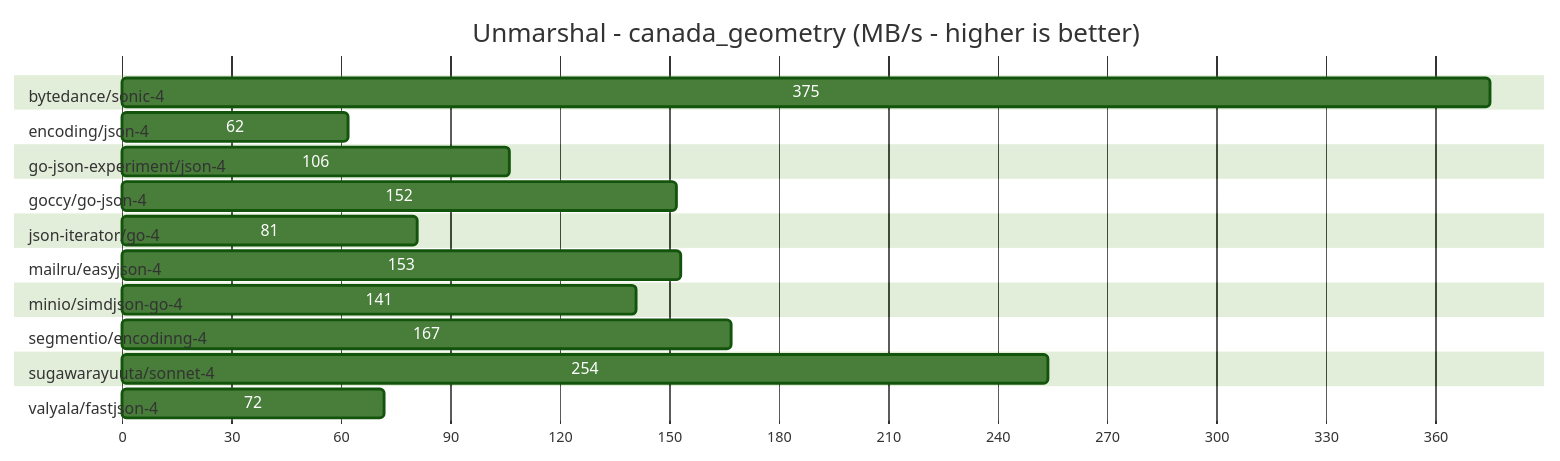
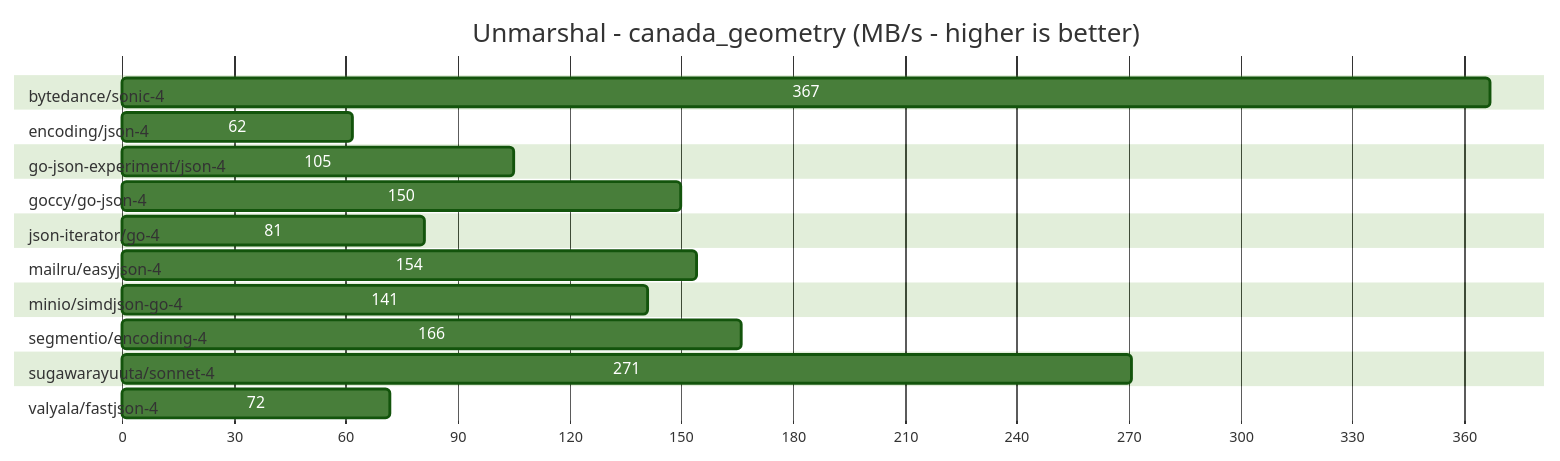
The seventh of 12 diagrams in README.md (sugawarayuuta/benchmark), drawn with Mermaid (forest theme) before and after one commit. The commit also changed other lines of this file and 3 other files, not shown here.

````diff
--- a/README.md
+++ b/README.md
@@ -157,27 +157,27 @@
 ```mermaid
 gantt
 title Unmarshal - canada_geometry (MB/s - higher is better)
 dateFormat X
 axisFormat %s
 
 section bytedance/sonic-4               
-375 :0, 375
+367 :0, 367
 section encoding/json-4                 
 62 :0, 62
 section go-json-experiment/json-4       
-106 :0, 106
+105 :0, 105
 section goccy/go-json-4                 
-152 :0, 152
+150 :0, 150
 section json-iterator/go-4              
 81 :0, 81
 section mailru/easyjson-4               
-153 :0, 153
+154 :0, 154
 section minio/simdjson-go-4             
 141 :0, 141
 section segmentio/encodinng-4           
-167 :0, 167
+166 :0, 166
 section sugawarayuuta/sonnet-4          
-254 :0, 254
+271 :0, 271
 section valyala/fastjson-4              
 72 :0, 72
 ```
````
